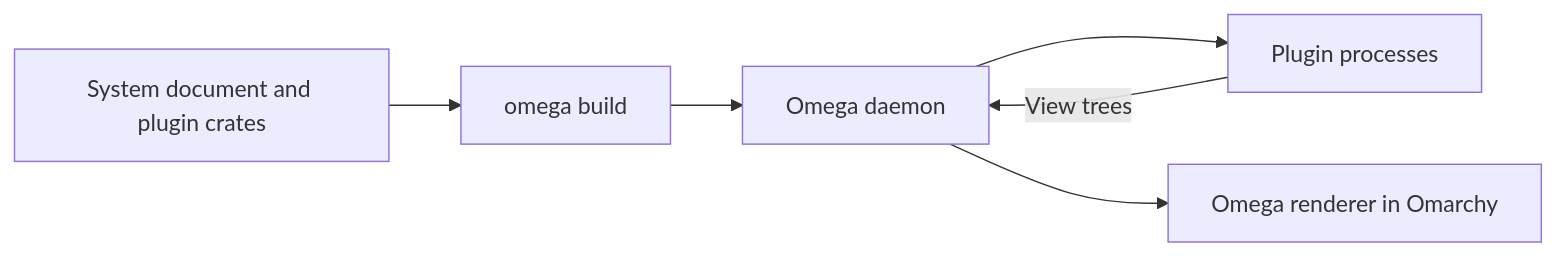
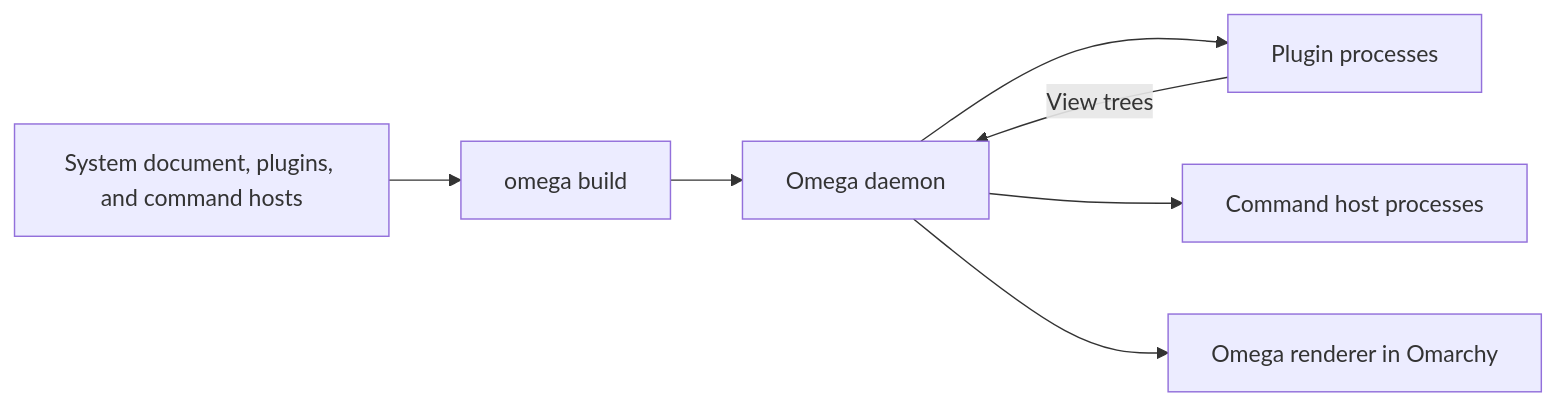
Before and after one commit to roushou/omx: the diagram in docs/architecture.md, drawn with Mermaid. The commit also changed other lines of this file and 76 other files, not shown here.

Commit message:
refactor(commands): extract dedicated command hosts

````diff
--- a/docs/architecture.md
+++ b/docs/architecture.md
@@ -31,8 +34,9 @@
 ```mermaid
 flowchart LR
-    Config[System document and plugin crates] --> Build[omega build]
+    Config[System document, plugins, and command hosts] --> Build[omega build]
     Build --> Daemon[Omega daemon]
     Daemon --> Plugins[Plugin processes]
     Plugins -->|View trees| Daemon
+    Daemon --> Hosts[Command host processes]
     Daemon --> Renderer[Omega renderer in Omarchy]
 ```
````
